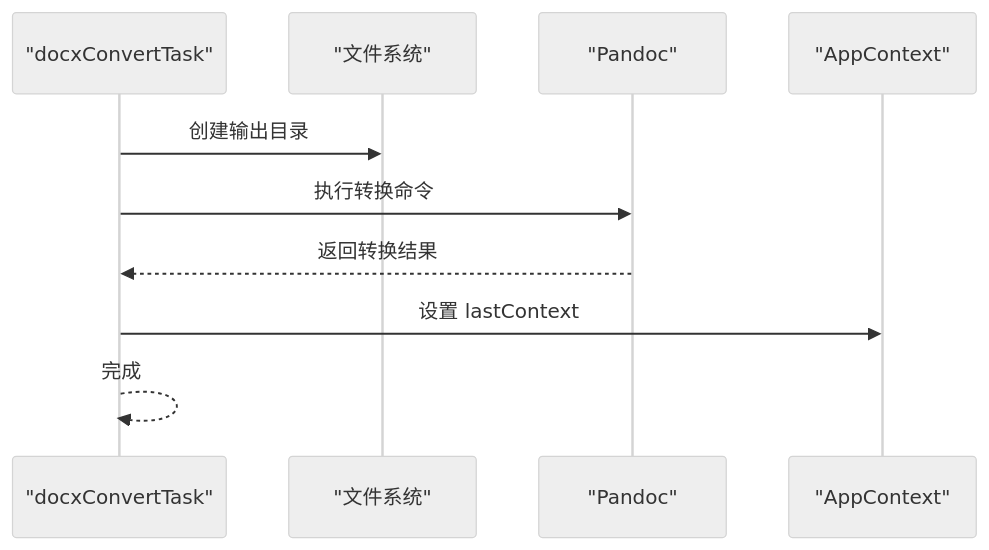
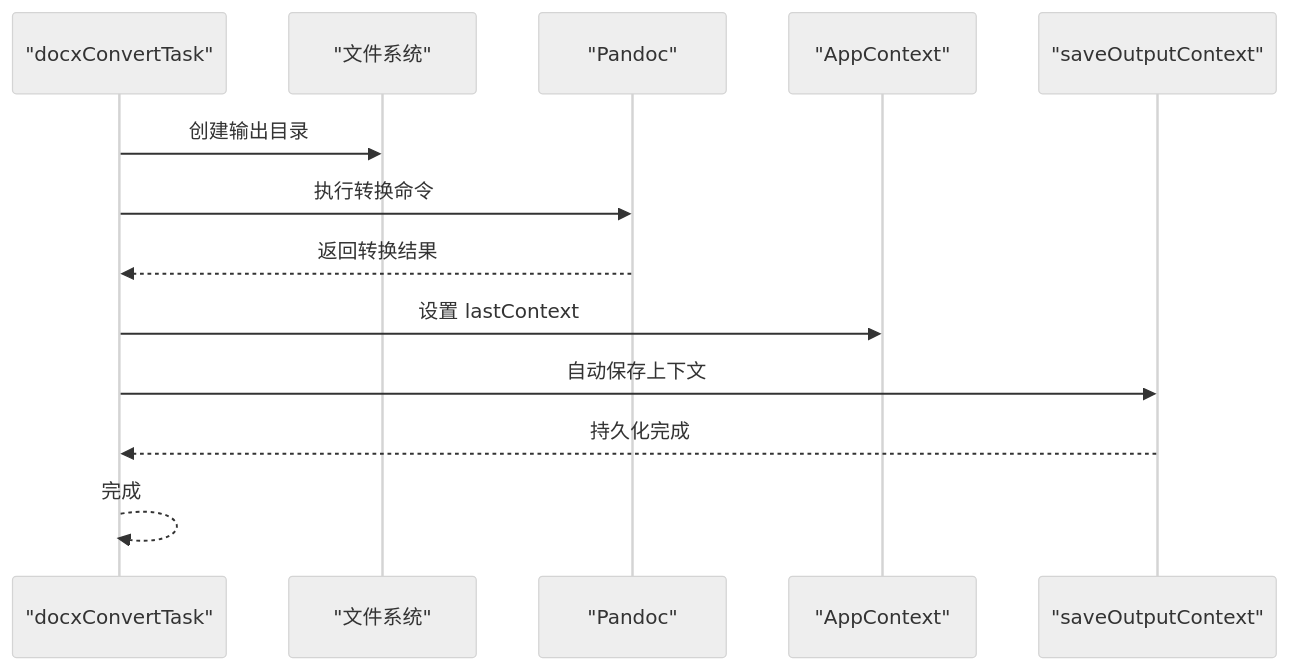
Before and after one commit to hllshiro/doc2md-cli: the sixth of 11 diagrams in .qoder/repowiki/zh/content/核心架构设计/上下文管理系统.md, drawn with Mermaid (neutral theme). The commit also changed other lines of this file and 3 other files, not shown here.

````diff
--- a/.qoder/repowiki/zh/content/核心架构设计/上下文管理系统.md
+++ b/.qoder/repowiki/zh/content/核心架构设计/上下文管理系统.md
@@ -218,12 +263,15 @@
 ```mermaid
 sequenceDiagram
 participant Task as "docxConvertTask"
 participant FS as "文件系统"
 participant Pandoc as "Pandoc"
 participant Context as "AppContext"
+participant Save as "saveOutputContext"
 Task->>FS : 创建输出目录
 Task->>Pandoc : 执行转换命令
 Pandoc-->>Task : 返回转换结果
 Task->>Context : 设置 lastContext
+Task->>Save : 自动保存上下文
+Save-->>Task : 持久化完成
 Task-->>Task : 完成
 ```
````
